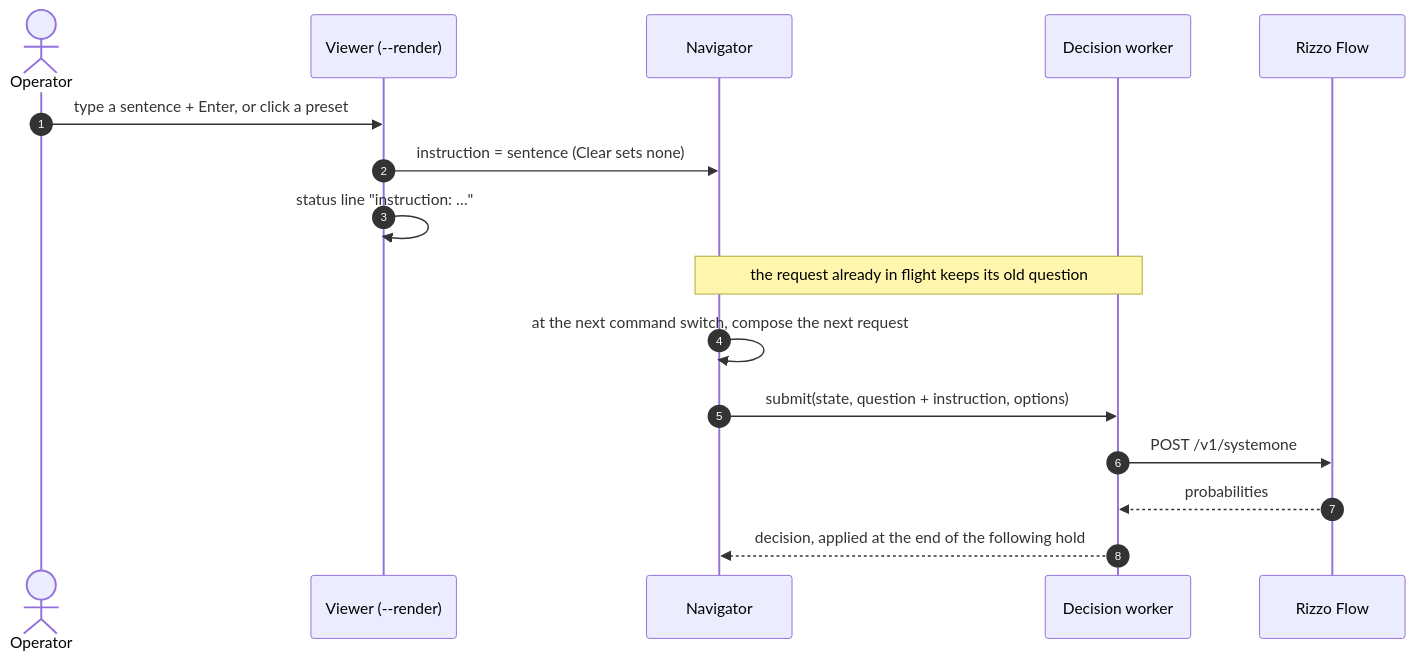
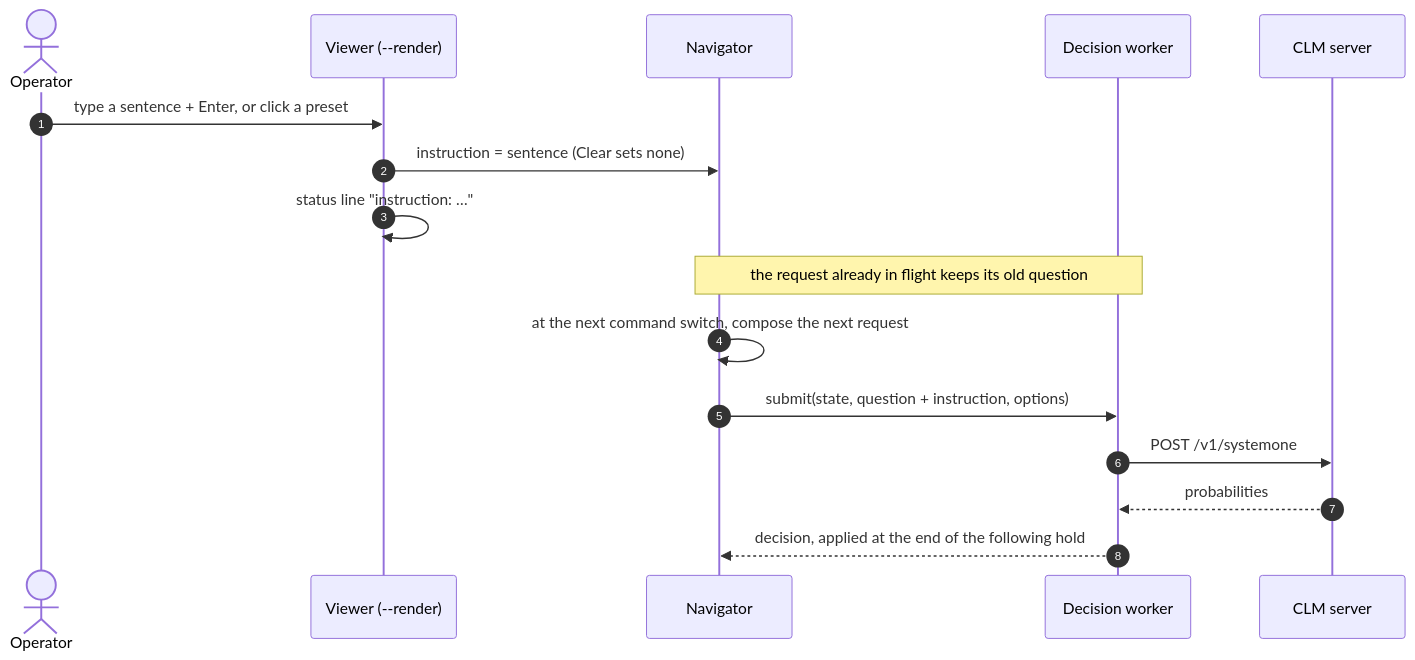
The diagram in .specs/features/operator-instruction.md (RoboticsNetworkTrieste/JevNav), drawn with Mermaid before and after one commit. The commit also changed other lines of this file and 20 other files, not shown here.

````diff
--- a/.specs/features/operator-instruction.md
+++ b/.specs/features/operator-instruction.md
@@ -15,18 +15,18 @@
 ```mermaid
 sequenceDiagram
     autonumber
     actor O as Operator
     participant V as Viewer (--render)
     participant N as Navigator
     participant W as Decision worker
-    participant R as Rizzo Flow
+    participant R as CLM server
     O->>V: type a sentence + Enter, or click a preset
     V->>N: instruction = sentence (Clear sets none)
     V->>V: status line "instruction: …"
     Note over N,W: the request already in flight keeps its old question
     N->>N: at the next command switch, compose the next request
     N->>W: submit(state, question + instruction, options)
     W->>R: POST /v1/systemone
     R-->>W: probabilities
     W-->>N: decision, applied at the end of the following hold
 ```
````
